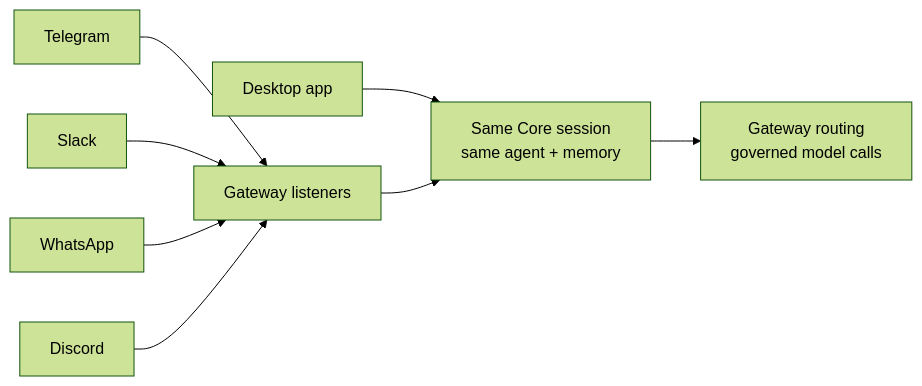
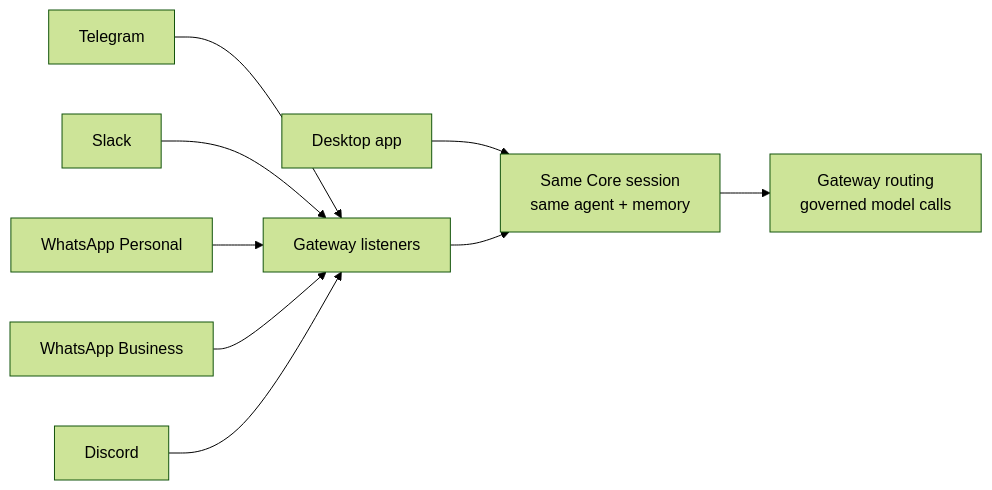
The diagram in content/docs/learn/academy/cloud/channel-bots.mdx (amajorai/ryu-docs), drawn with Mermaid (forest theme) before and after one commit. The commit also changed other lines of this file and 317 other files, not shown here.

````diff
--- a/content/docs/learn/academy/cloud/channel-bots.mdx
+++ b/content/docs/learn/academy/cloud/channel-bots.mdx
@@ -17,10 +17,11 @@
 ```mermaid
 flowchart LR
   D[Desktop app] --> Core
   TG[Telegram] --> L[Gateway listeners]
   SL[Slack] --> L
-  WA[WhatsApp] --> L
+  WAP[WhatsApp Personal] --> L
+  WAC[WhatsApp Business] --> L
   DC[Discord] --> L
   L --> Core[Same Core session<br/>same agent + memory]
   Core --> GW[Gateway routing<br/>governed model calls]
 ```
````
